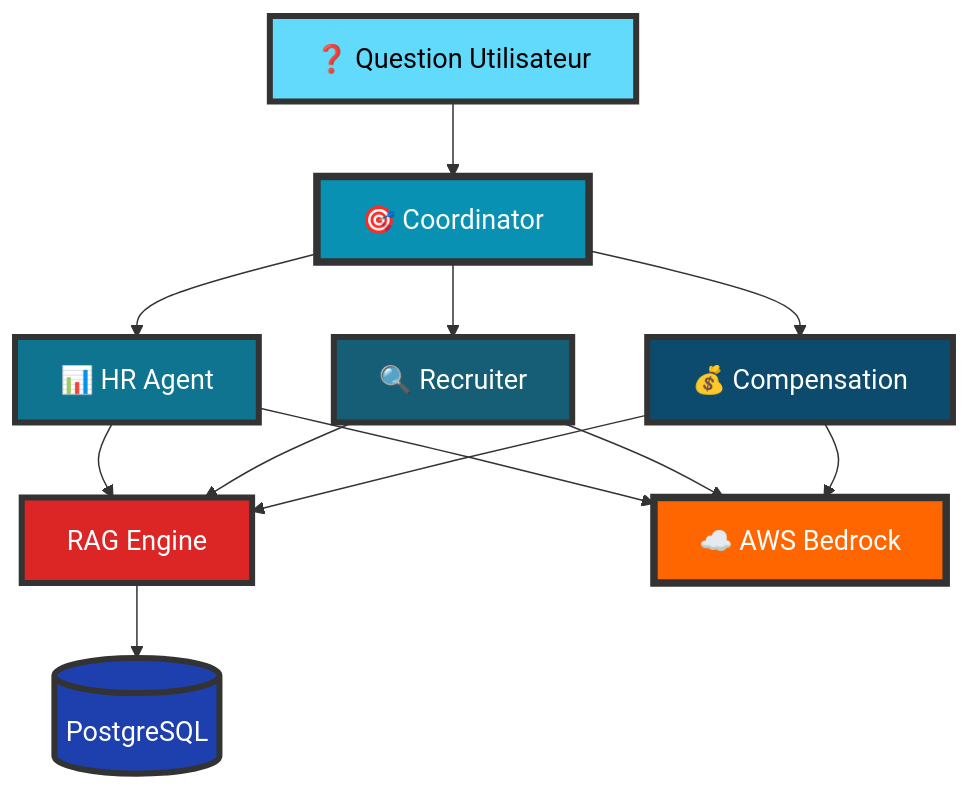
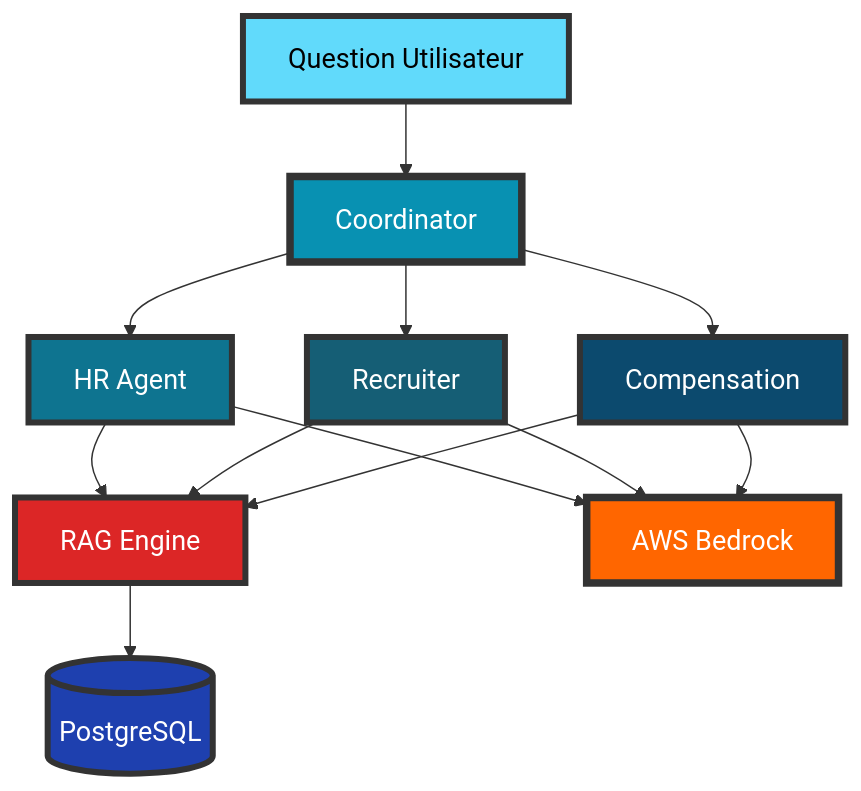
Before and after one commit to inskillflow/awsbedrock-demo-1-inmemory: diagram 15 of 24 in documentation/00-ARCHITECTURE.md, drawn with Mermaid. The commit also changed other lines of this file, not shown here.

First line of the commit message:
refactor: simplification des diagrammes - retrait des emojis

````diff
--- a/documentation/00-ARCHITECTURE.md
+++ b/documentation/00-ARCHITECTURE.md
@@ -763,35 +763,35 @@
 ```mermaid
 flowchart TD
-    Question[❓ Question Utilisateur]
-    Coord[🎯 Coordinator]
-    HR[📊 HR Agent]
-    Recruiter[🔍 Recruiter]
-    Comp[💰 Compensation]
+    Question[Question Utilisateur]
+    Coord[Coordinator]
+    HR[HR Agent]
+    Recruiter[Recruiter]
+    Comp[Compensation]
     RAG[RAG Engine]
-    Bedrock[☁️ AWS Bedrock]
+    Bedrock[AWS Bedrock]
     DB[(PostgreSQL)]
     
     Question --> Coord
     Coord --> HR
     Coord --> Recruiter
     Coord --> Comp
     
     HR --> RAG
     Recruiter --> RAG
     Comp --> RAG
     
     HR --> Bedrock
     Recruiter --> Bedrock
     Comp --> Bedrock
     
     RAG --> DB
     
     style Question fill:#61DAFB,stroke:#333,stroke-width:4px,color:#000,font-size:18px
     style Coord fill:#0891B2,stroke:#333,stroke-width:5px,color:#fff,font-size:18px
     style HR fill:#0E7490,stroke:#333,stroke-width:4px,color:#fff,font-size:18px
     style Recruiter fill:#155E75,stroke:#333,stroke-width:4px,color:#fff,font-size:18px
     style Comp fill:#0C4A6E,stroke:#333,stroke-width:4px,color:#fff,font-size:18px
     style RAG fill:#DC2626,stroke:#333,stroke-width:4px,color:#fff,font-size:18px
     style Bedrock fill:#FF6600,stroke:#333,stroke-width:5px,color:#fff,font-size:18px
     style DB fill:#1E40AF,stroke:#333,stroke-width:4px,color:#fff,font-size:18px
 ```
````
